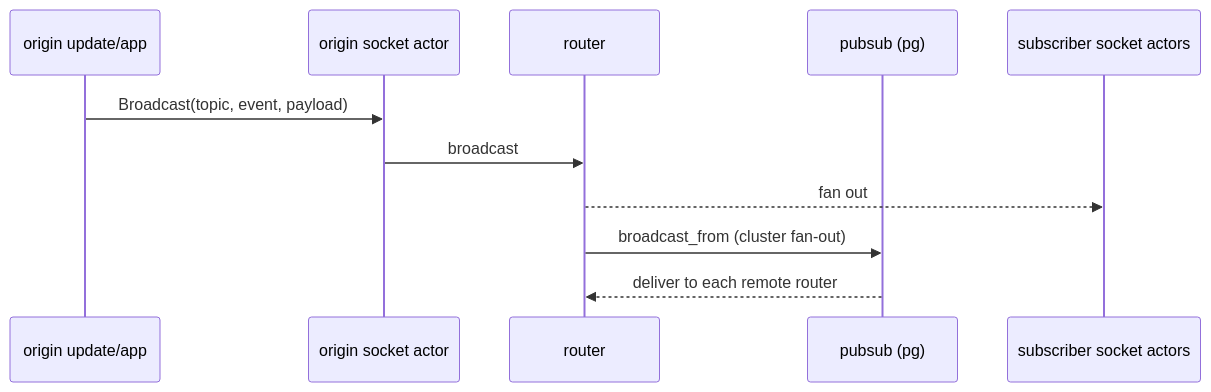
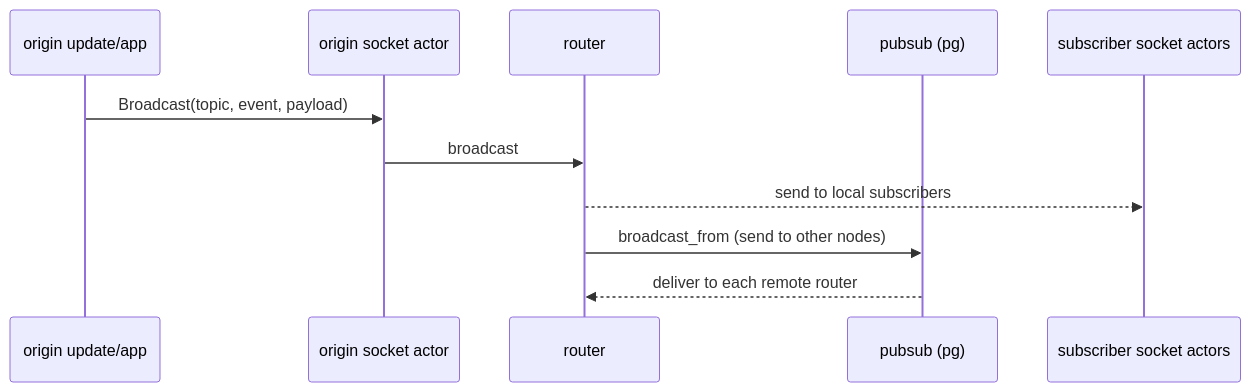
One commit to tylerbutler/beryl changed the fourth of 6 diagrams in website/src/content/docs/architecture/message-lifecycle.md. Above: the diagram before and after it, drawn with Mermaid. The commit also changed other lines of this file and 34 other files, not shown here.

````diff
--- a/website/src/content/docs/architecture/message-lifecycle.md
+++ b/website/src/content/docs/architecture/message-lifecycle.md
@@ -88,13 +88,13 @@
 ```mermaid
 sequenceDiagram
   participant Origin as origin update/app
   participant Socket as origin socket actor
   participant Router as router
   participant PS as pubsub (pg)
   participant Subs as subscriber socket actors
   Origin->>Socket: Broadcast(topic, event, payload)
   Socket->>Router: broadcast
-  Router-->>Subs: fan out
-  Router->>PS: broadcast_from (cluster fan-out)
+  Router-->>Subs: send to local subscribers
+  Router->>PS: broadcast_from (send to other nodes)
   PS-->>Router: deliver to each remote router
 ```
````
